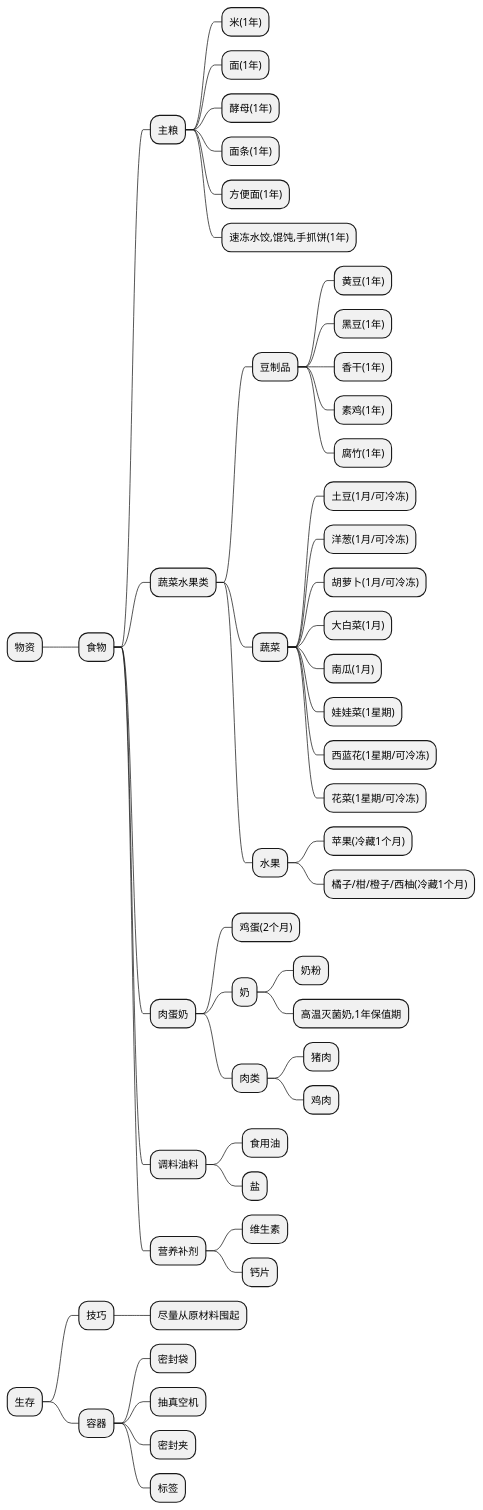
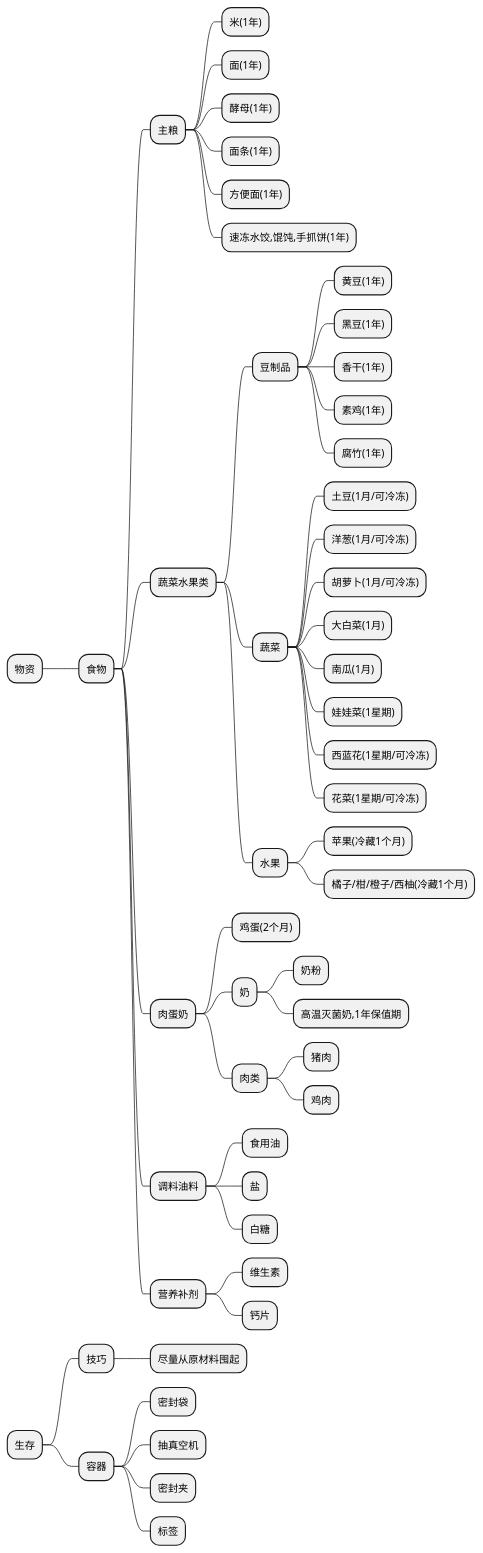
The diagram in D·观点-know_who/思考/物资.plantuml (Huang2070/alpha-centauri-c), drawn with PlantUML before and after one commit. The commit also changed 14 other files, not shown here.

```diff
--- a/D·观点-know_who/思考/物资.plantuml
+++ b/D·观点-know_who/思考/物资.plantuml
@@ -1,79 +1,80 @@
 @startmindmap 中国
 
 * 物资
 
 ** 食物
 
 
 *** 主粮
 **** 米(1年)
 **** 面(1年)
 **** 酵母(1年)
 **** 面条(1年)
 **** 方便面(1年)
 **** 速冻水饺,馄饨,手抓饼(1年)
 
 
 *** 蔬菜水果类
 **** 豆制品
 ***** 黄豆(1年)
 ***** 黑豆(1年)
 ***** 香干(1年)
 ***** 素鸡(1年)
 ***** 腐竹(1年)
 
 **** 蔬菜
 ***** 土豆(1月/可冷冻)
 ***** 洋葱(1月/可冷冻)
 ***** 胡萝卜(1月/可冷冻)
 ***** 大白菜(1月)
 ***** 南瓜(1月)
 ***** 娃娃菜(1星期)
 ***** 西蓝花(1星期/可冷冻)
 ***** 花菜(1星期/可冷冻)
 
 
 **** 水果
 ***** 苹果(冷藏1个月)
 ***** 橘子/柑/橙子/西柚(冷藏1个月)
 
 
 *** 肉蛋奶
 **** 鸡蛋(2个月)
 **** 奶
 ***** 奶粉
 ***** 高温灭菌奶,1年保值期
 **** 肉类
 ***** 猪肉
 ***** 鸡肉
 
 
 
 *** 调料油料
 **** 食用油
 **** 盐
+**** 白糖
 
 
 
 *** 营养补剂
 **** 维生素
 **** 钙片
 
 
 
 
 
 * 生存
 ** 技巧
 *** 尽量从原材料囤起
 
 ** 容器
 *** 密封袋
 *** 抽真空机
 *** 密封夹
 *** 标签
 
 
 
 
 @endmindmap
```
